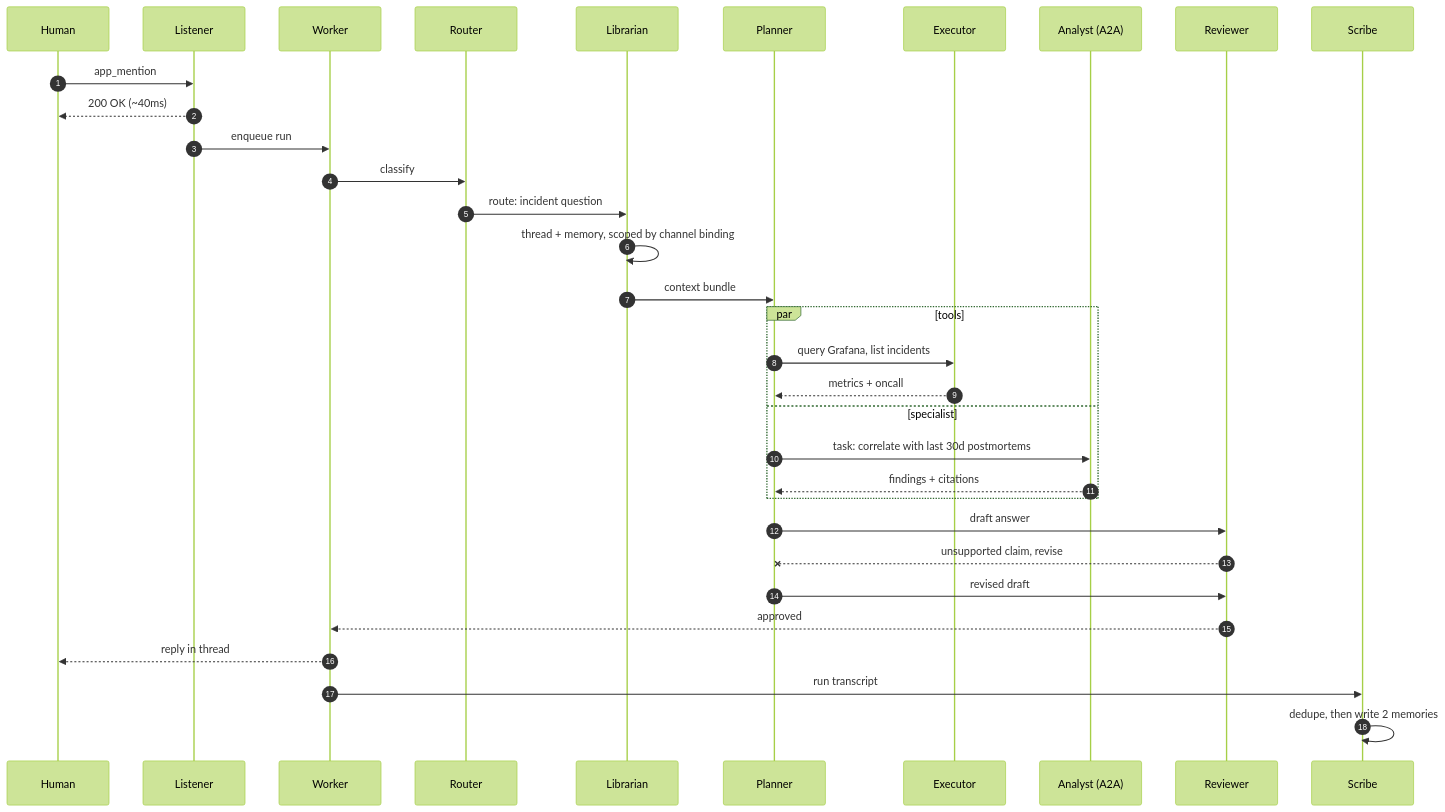
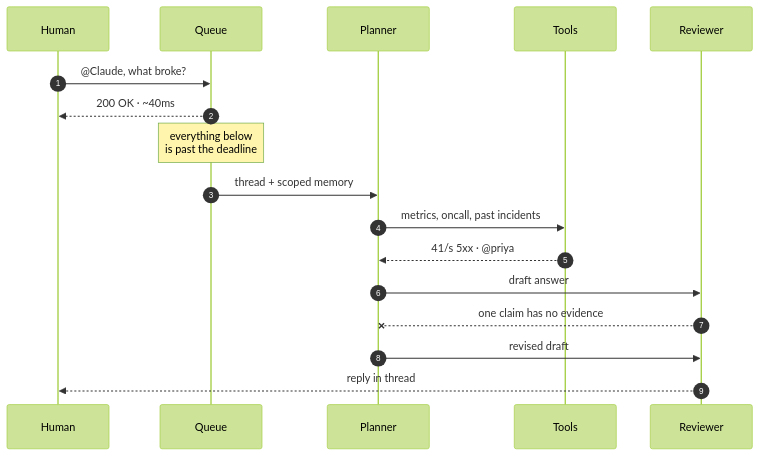
Before and after one commit to rppol/claude-tag-poc: the diagram in docs/diagrams/turn.mmd, drawn with Mermaid (forest theme). The commit also changed 12 other files, not shown here.

```diff
--- a/docs/diagrams/turn.mmd
+++ b/docs/diagrams/turn.mmd
@@ -1,34 +1,18 @@
 sequenceDiagram
   autonumber
   participant H as Human
-  participant L as Listener
-  participant W as Worker
-  participant R as Router
-  participant B as Librarian
+  participant Q as Queue
   participant P as Planner
-  participant E as Executor
-  participant A as Analyst (A2A)
+  participant T as Tools
   participant V as Reviewer
-  participant S as Scribe
 
-  H->>L: app_mention
-  L-->>H: 200 OK (~40ms)
-  L->>W: enqueue run
-  W->>R: classify
-  R->>B: route: incident question
-  B->>B: thread + memory, scoped by channel binding
-  B->>P: context bundle
-  par tools
-    P->>E: query Grafana, list incidents
-    E-->>P: metrics + oncall
-  and specialist
-    P->>A: task: correlate with last 30d postmortems
-    A-->>P: findings + citations
-  end
+  H->>Q: @Claude, what broke?
+  Q-->>H: 200 OK · ~40ms
+  Note over Q: everything below<br/>is past the deadline
+  Q->>P: thread + scoped memory
+  P->>T: metrics, oncall, past incidents
+  T-->>P: 41/s 5xx · @priya
   P->>V: draft answer
-  V--xP: unsupported claim, revise
+  V--xP: one claim has no evidence
   P->>V: revised draft
-  V-->>W: approved
-  W-->>H: reply in thread
-  W->>S: run transcript
-  S->>S: dedupe, then write 2 memories
+  V-->>H: reply in thread
```
